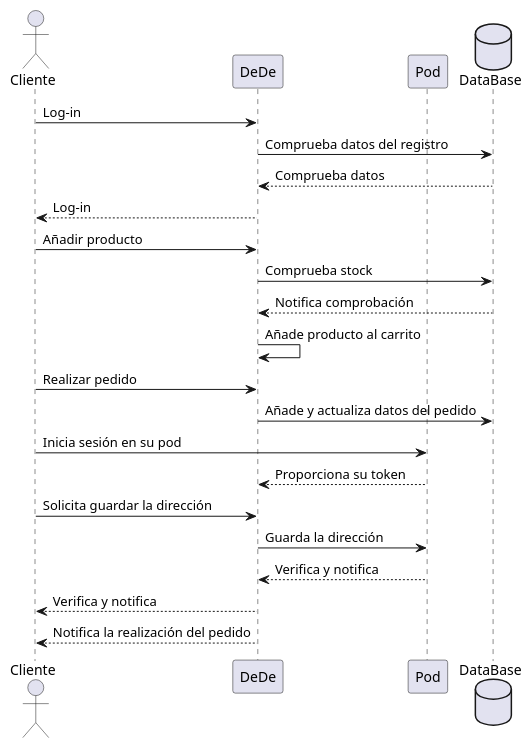
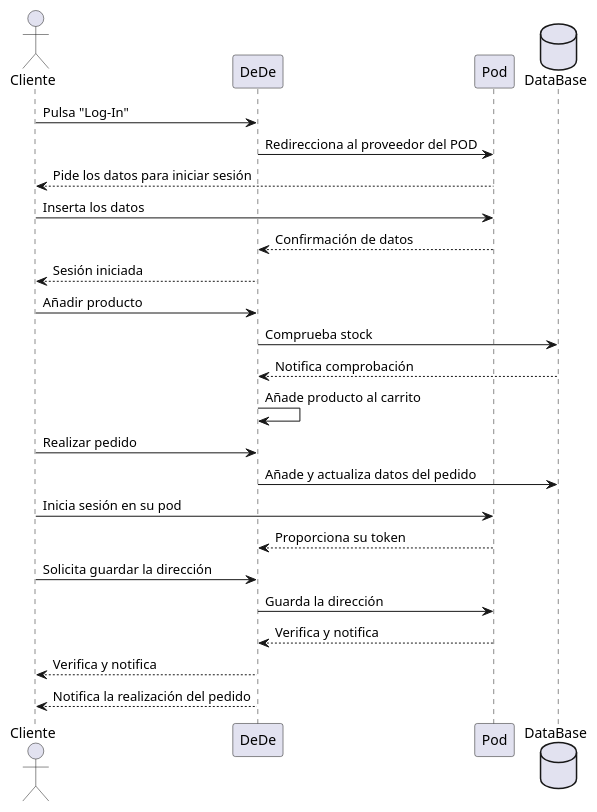
Before and after one commit to Arquisoft/dede_es6b: the third of 4 diagrams in docs/06_runtime_view.adoc, drawn with PlantUML. The commit also changed other lines of this file, not shown here.

```diff
--- a/docs/06_runtime_view.adoc
+++ b/docs/06_runtime_view.adoc
@@ -49,24 +53,26 @@
 [plantuml,"06_runtime_pedido",png]
 ----
 actor Cliente
 participant DeDe
 participant Pod
 database DataBase as "DataBase"
-Cliente-> DeDe: Log-in
-DeDe-> DataBase: Comprueba datos del registro
-DataBase --> DeDe: Comprueba datos
-DeDe --> Cliente: Log-in
+Cliente-> DeDe: Pulsa "Log-In" 
+DeDe -> Pod: Redirecciona al proveedor del POD
+Cliente<-- Pod: Pide los datos para iniciar sesión
+Cliente-> Pod: Inserta los datos
+DeDe <-- Pod: Confirmación de datos
+Cliente<-- DeDe: Sesión iniciada
 Cliente-> DeDe: Añadir producto
 DeDe-> DataBase: Comprueba stock
 DataBase --> DeDe: Notifica comprobación
 DeDe-> DeDe: Añade producto al carrito
 Cliente -> DeDe: Realizar pedido
 DeDe -> DataBase: Añade y actualiza datos del pedido
 Cliente-> Pod: Inicia sesión en su pod
 Pod--> DeDe: Proporciona su token
 Cliente->DeDe: Solicita guardar la dirección
 DeDe -> Pod: Guarda la dirección
 Pod--> DeDe: Verifica y notifica
 DeDe--> Cliente: Verifica y notifica
 DeDe--> Cliente: Notifica la realización del pedido
 ----
```
